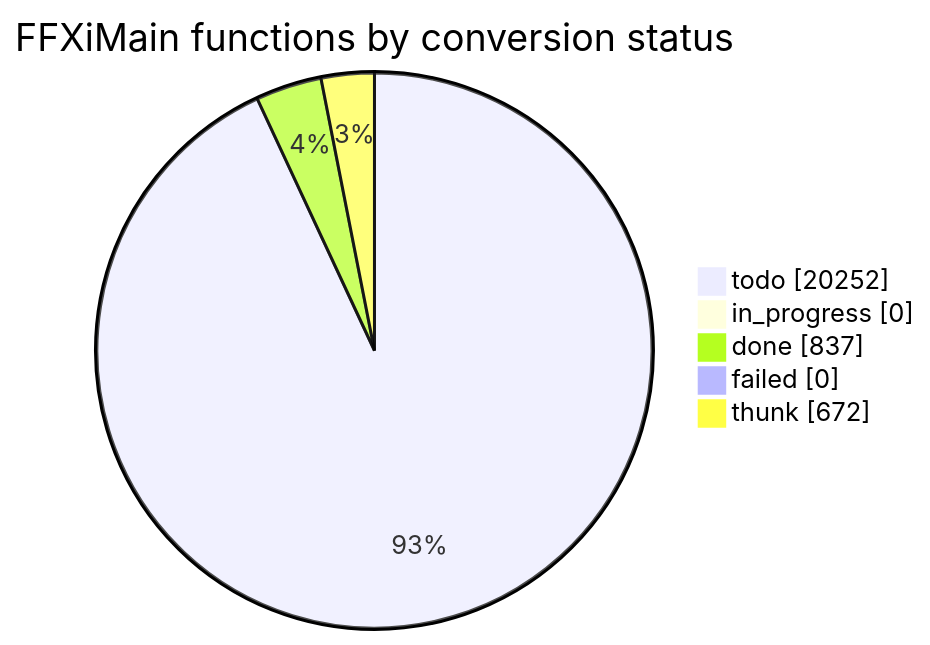
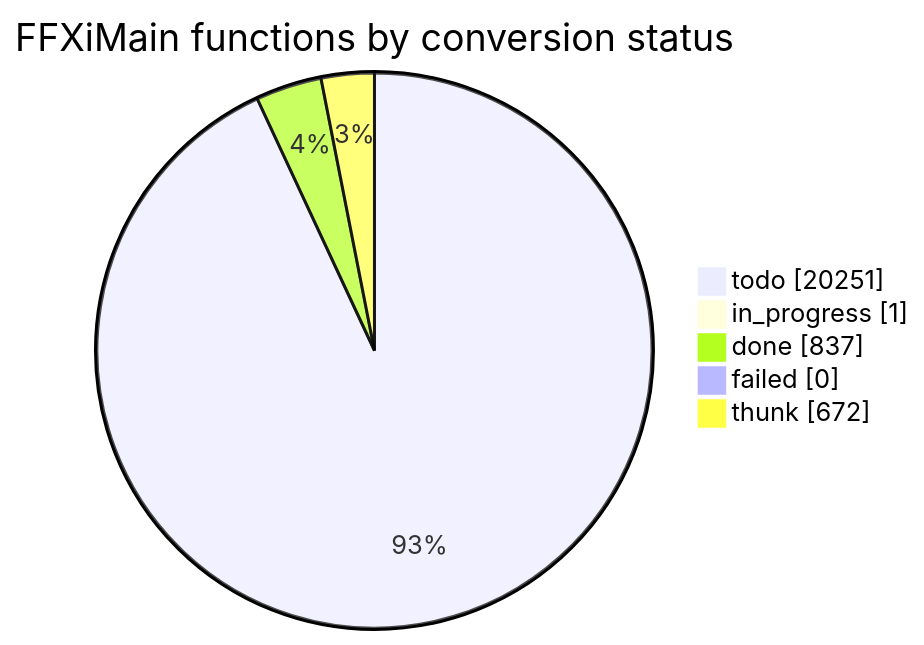
The diagram in docs/cow/STATUS.md (cowrevenge/cow_kuluu_xi_anything), drawn with Mermaid before and after one commit. The commit also changed other lines of this file and 7 other files, not shown here.

````diff
--- a/docs/cow/STATUS.md
+++ b/docs/cow/STATUS.md
@@ -18,9 +18,9 @@
 ```mermaid
 pie showData
     title FFXiMain functions by conversion status
-    "todo" : 20252
-    "in_progress" : 0
+    "todo" : 20251
+    "in_progress" : 1
     "done" : 837
     "failed" : 0
     "thunk" : 672
 ```
````
